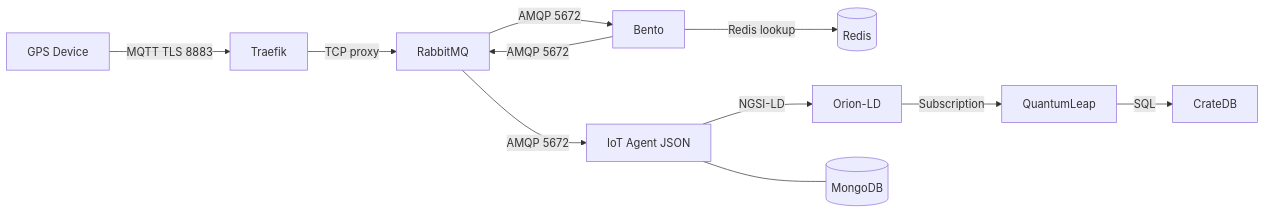
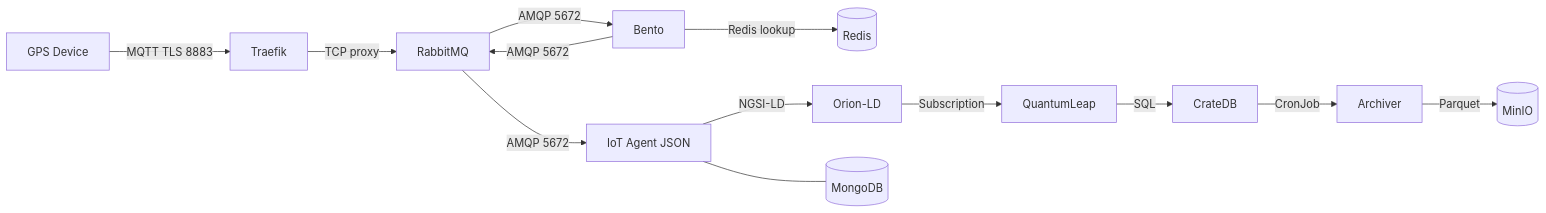
One commit to OS2sandbox/gps-connector changed the diagram in dataflow/README.md. Above: the diagram before and after it, drawn with Mermaid. The commit also changed other lines of this file and 14 other files, not shown here.

First line of the commit message:
feat: add CrateDB cold-storage archiver with MinIO and Grafana alerting

````diff
--- a/dataflow/README.md
+++ b/dataflow/README.md
@@ -7,13 +7,15 @@
 ```mermaid
 graph LR
     A[GPS Device] -->|MQTT TLS 8883| N[Traefik]
     N -->|TCP proxy| B[RabbitMQ]
     B -->|AMQP 5672| C[Bento]
     C -->|Redis lookup| J[(Redis)]
     C -->|AMQP 5672| B
     B -->|AMQP 5672| D[IoT Agent JSON]
     D -->|NGSI-LD| E[Orion-LD]
     E -->|Subscription| F[QuantumLeap]
     F -->|SQL| G[CrateDB]
     D --- H[(MongoDB)]
+    G -->|CronJob| I[Archiver]
+    I -->|Parquet| K[(MinIO)]
 ```
````
